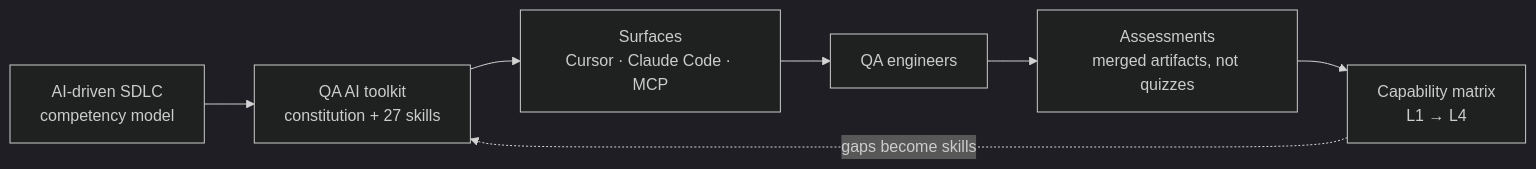
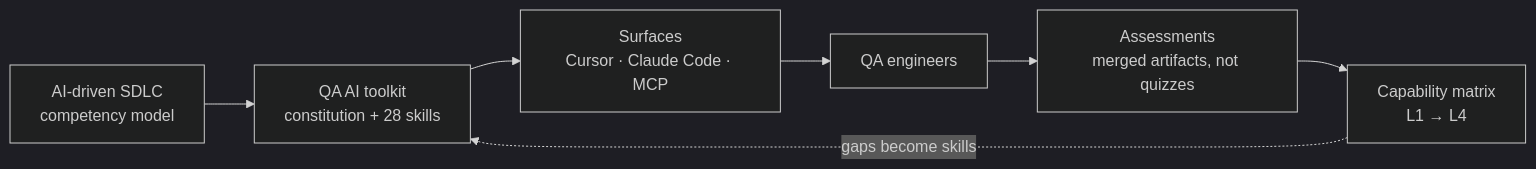
One commit to georgikazandzhiev-code/ai-native-qa-toolkit changed the diagram in GOVERNANCE.md. Above: the diagram before and after it, drawn with Mermaid (dark theme). The commit also changed other lines of this file and 16 other files, not shown here.

````diff
--- a/GOVERNANCE.md
+++ b/GOVERNANCE.md
@@ -15,9 +15,9 @@
 ```mermaid
 flowchart LR
-  A["AI-driven SDLC<br/>competency model"] --> B["QA AI toolkit<br/>constitution + 27 skills"]
+  A["AI-driven SDLC<br/>competency model"] --> B["QA AI toolkit<br/>constitution + 28 skills"]
   B --> C["Surfaces<br/>Cursor · Claude Code · MCP"]
   C --> D["QA engineers"]
   D --> E["Assessments<br/>merged artifacts, not quizzes"]
   E --> F["Capability matrix<br/>L1 → L4"]
   F -.->|"gaps become skills"| B
 ```
````
